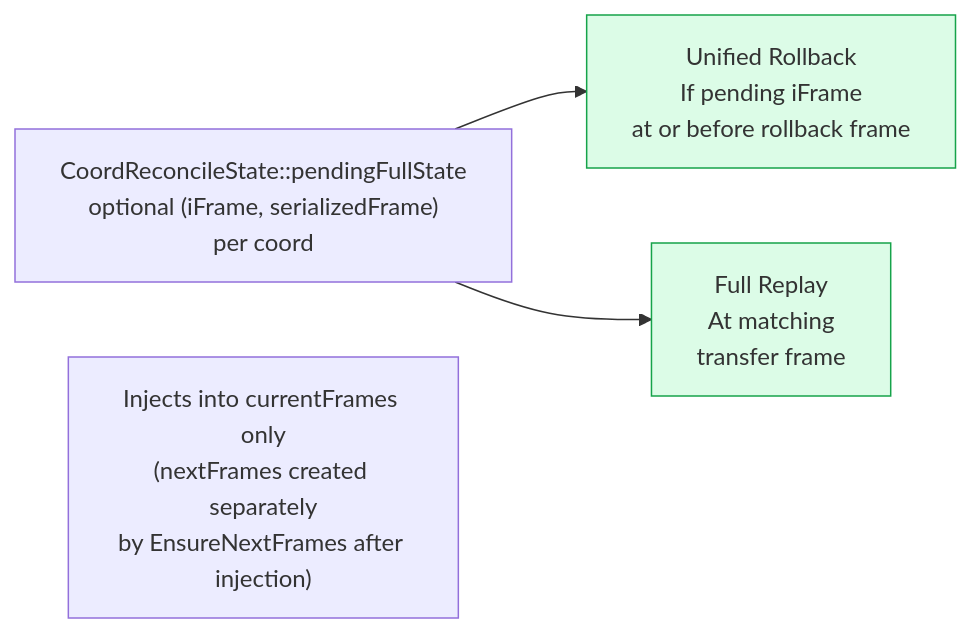
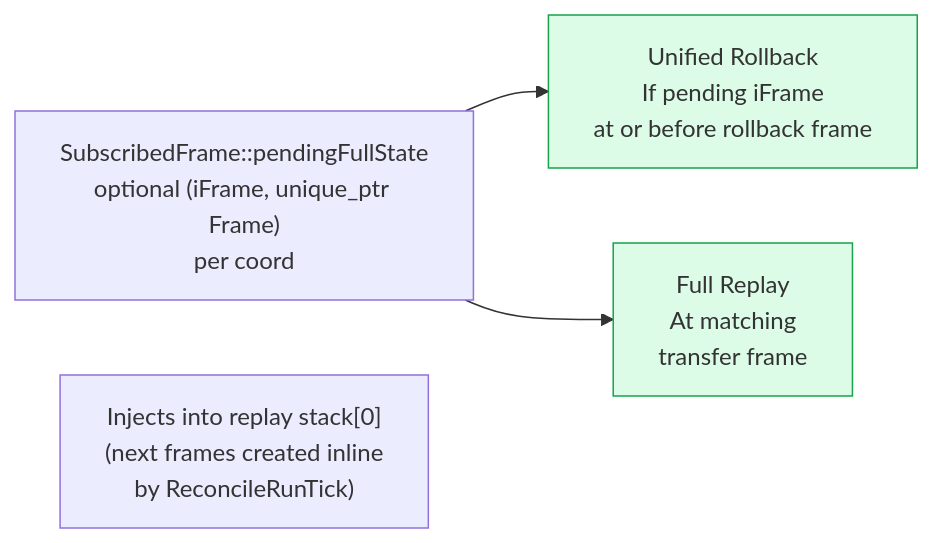
Before and after one commit to DougTanner/BrokenEnginePublic: the second of 4 diagrams in Documents/Architecture/GameReconciliation.md, drawn with Mermaid. The commit also changed other lines of this file and 24 other files, not shown here.

````diff
--- a/Documents/Architecture/GameReconciliation.md
+++ b/Documents/Architecture/GameReconciliation.md
@@ -53,15 +53,15 @@
 ```mermaid
 %%{init: {'theme': 'default'}}%%
 flowchart LR
     classDef injection fill:#dcfce7,stroke:#16a34a
 
-    PFS["CoordReconcileState::pendingFullState<br/>optional (iFrame, serializedFrame)<br/>per coord"]
+    PFS["SubscribedFrame::pendingFullState<br/>optional (iFrame, unique_ptr Frame)<br/>per coord"]
 
     PRE["Unified Rollback<br/>If pending iFrame<br/>at or before rollback frame"]:::injection
     MAIN["Full Replay<br/>At matching<br/>transfer frame"]:::injection
 
     PFS --> PRE
     PFS --> MAIN
 
-    NOTE["Injects into currentFrames only<br/>(nextFrames created separately<br/>by EnsureNextFrames after injection)"]
+    NOTE["Injects into replay stack[0]<br/>(next frames created inline<br/>by ReconcileRunTick)"]
 ```
````
